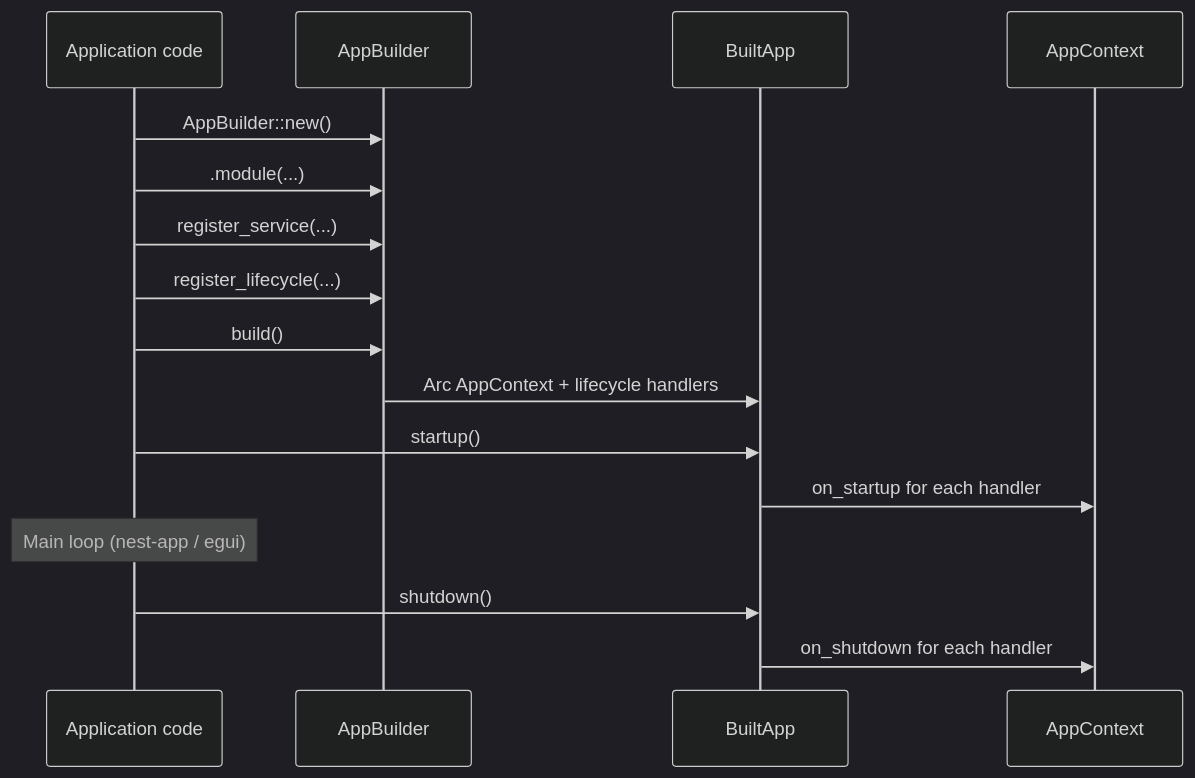
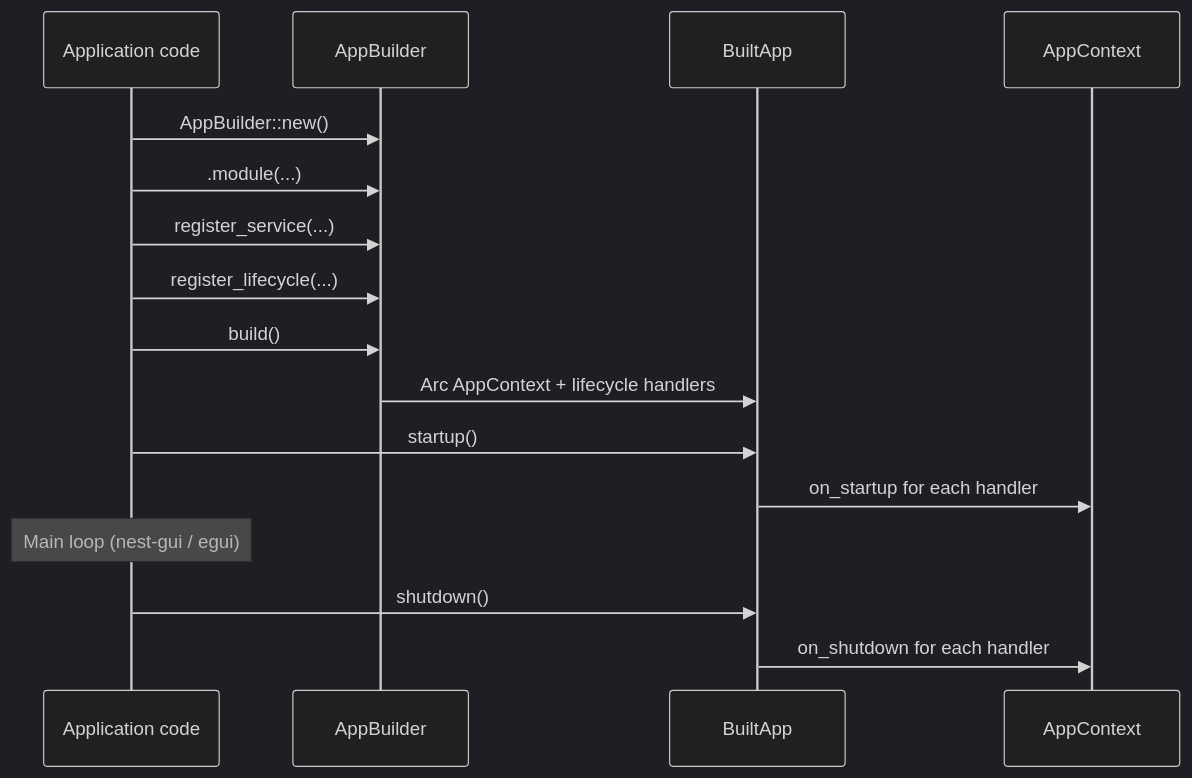
The diagram in docs/nest-core/application.md (pacificnm/nest), drawn with Mermaid (dark theme) before and after one commit. The commit also changed other lines of this file and 110 other files, not shown here.

````diff
--- a/docs/nest-core/application.md
+++ b/docs/nest-core/application.md
@@ -7,19 +9,19 @@
 ```mermaid
 sequenceDiagram
     participant Code as Application code
     participant Builder as AppBuilder
     participant Built as BuiltApp
     participant Ctx as AppContext
 
     Code->>Builder: AppBuilder::new()
     Code->>Builder: .module(...)
     Code->>Builder: register_service(...)
     Code->>Builder: register_lifecycle(...)
     Code->>Builder: build()
     Builder->>Built: Arc AppContext + lifecycle handlers
     Code->>Built: startup()
     Built->>Ctx: on_startup for each handler
-    Note over Code: Main loop (nest-app / egui)
+    Note over Code: Main loop (nest-gui / egui)
     Code->>Built: shutdown()
     Built->>Ctx: on_shutdown for each handler
 ```
````
